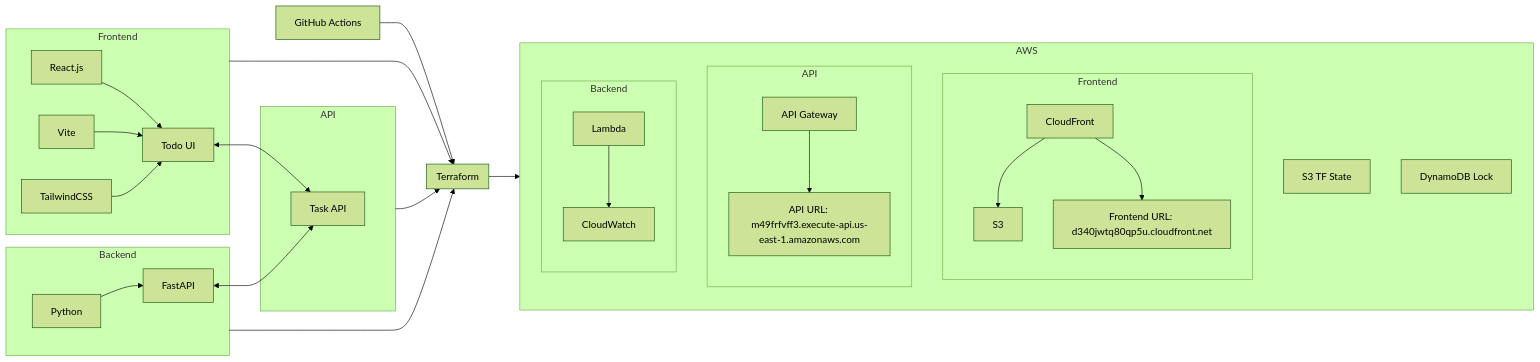
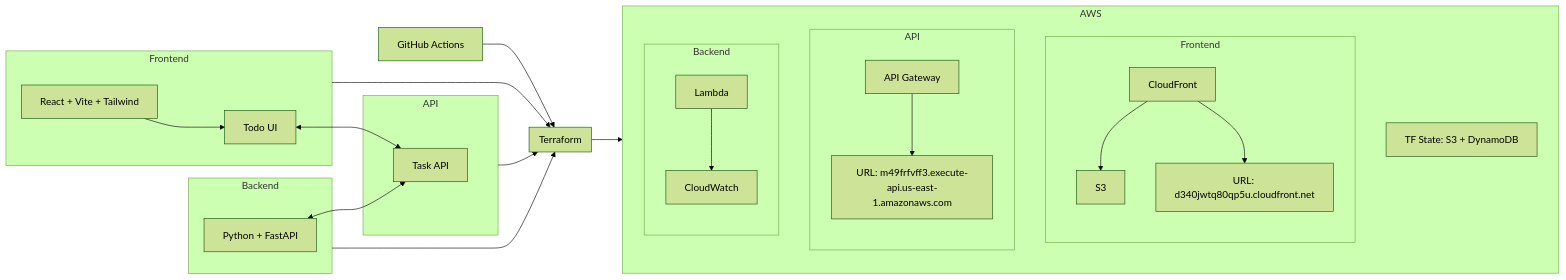
One commit to austinhogan11/Multicloud-DevOps-Demo changed the diagram in README.md. Above: the diagram before and after it, drawn with Mermaid (forest theme). The commit also changed other lines of this file, not shown here.

Commit message:
docs: compact Mermaid diagram (combine stacks, shorten labels, combine TF state); remove duplicate Deployments/Timeline section

````diff
--- a/README.md
+++ b/README.md
@@ -23,62 +23,59 @@
 ```mermaid
 flowchart LR
 
   %% CI/CD orchestrator
-  GH[GitHub Actions] --> TF
+  CI[GitHub Actions] --> TF
 
   %% Left-to-right: Frontend | API | Backend
   subgraph FE[Frontend]
-    R[React.js] --> UI[Todo UI]
-    V[Vite] --> UI
-    T[TailwindCSS] --> UI
+    Stack[React + Vite + Tailwind] --> UI[Todo UI]
   end
 
   subgraph API[API]
     Task[Task API]
   end
 
   subgraph BE[Backend]
-    Py[Python] --> FAPI[FastAPI]
+    BEStack[Python + FastAPI]
   end
 
   %% Bidirectional wiring
   UI <--> Task
-  FAPI <--> Task
+  BEStack <--> Task
 
   %% Terraform beneath the three sections
   subgraph TF[Terraform]
   end
 
   FE --> TF
   API --> TF
   BE --> TF
 
   %% Provision into AWS
   TF --> AWS
 
   subgraph AWS[AWS]
     direction TB
     %% Frontend in AWS
     subgraph AWS_FE[Frontend]
       direction TB
       CF[CloudFront] --> S3[S3]
-      CF --> CFURL[Frontend URL: d340jwtq80qp5u.cloudfront.net]
+      CF --> CFURL[URL: d340jwtq80qp5u.cloudfront.net]
     end
 
     %% API in AWS
     subgraph AWS_API[API]
       direction TB
-      APIGW[API Gateway] --> APIURL[API URL: m49frfvff3.execute-api.us-east-1.amazonaws.com]
+      APIGW[API Gateway] --> APIURL[URL: m49frfvff3.execute-api.us-east-1.amazonaws.com]
     end
 
     %% Backend in AWS
     subgraph AWS_BE[Backend]
       direction TB
       LMB[Lambda] --> CW[CloudWatch]
     end
 
     %% Terraform backend (part of AWS)
-    TFS3[S3 TF State]
-    TFDDB[DynamoDB Lock]
+    TFSTATE[TF State: S3 + DynamoDB]
   end
 ```
````
